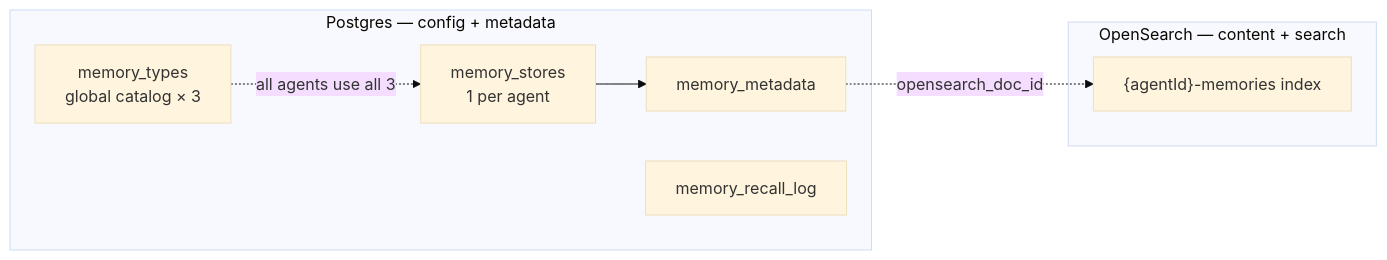
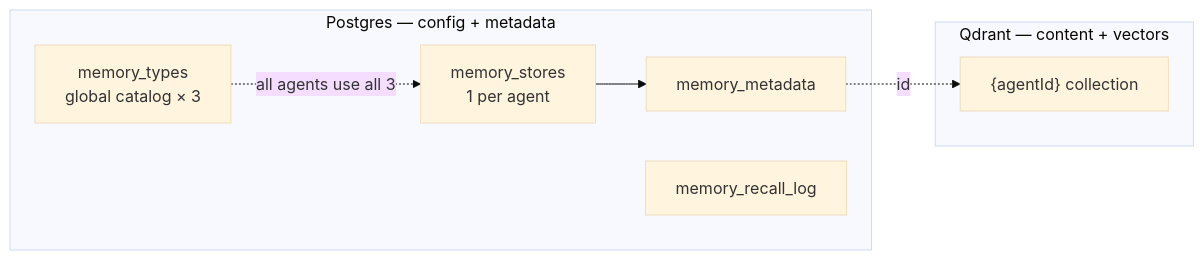
The first of 3 diagrams in src/postgres/db_arch_diag.md (MounicaSrinivasan16392/agent-memory-poc), drawn with Mermaid (base theme) before and after one commit. The commit also changed other lines of this file and 50 other files, not shown here.

````diff
--- a/src/postgres/db_arch_diag.md
+++ b/src/postgres/db_arch_diag.md
@@ -9,17 +9,17 @@
 ```mermaid
 flowchart LR
   subgraph PG["Postgres — config + metadata"]
     MT[memory_types<br/>global catalog × 3]
     MS[memory_stores<br/>1 per agent]
     MM[memory_metadata]
     MRL[memory_recall_log]
   end
 
-  subgraph OS["OpenSearch — content + search"]
-    IDX["{agentId}-memories index"]
+  subgraph QD["Qdrant — content + vectors"]
+    COL["{agentId} collection"]
   end
 
   MT -.->|"all agents use all 3"| MS
   MS --> MM
-  MM -.->|"opensearch_doc_id"| IDX
+  MM -.->|"id"| COL
 ```
````
